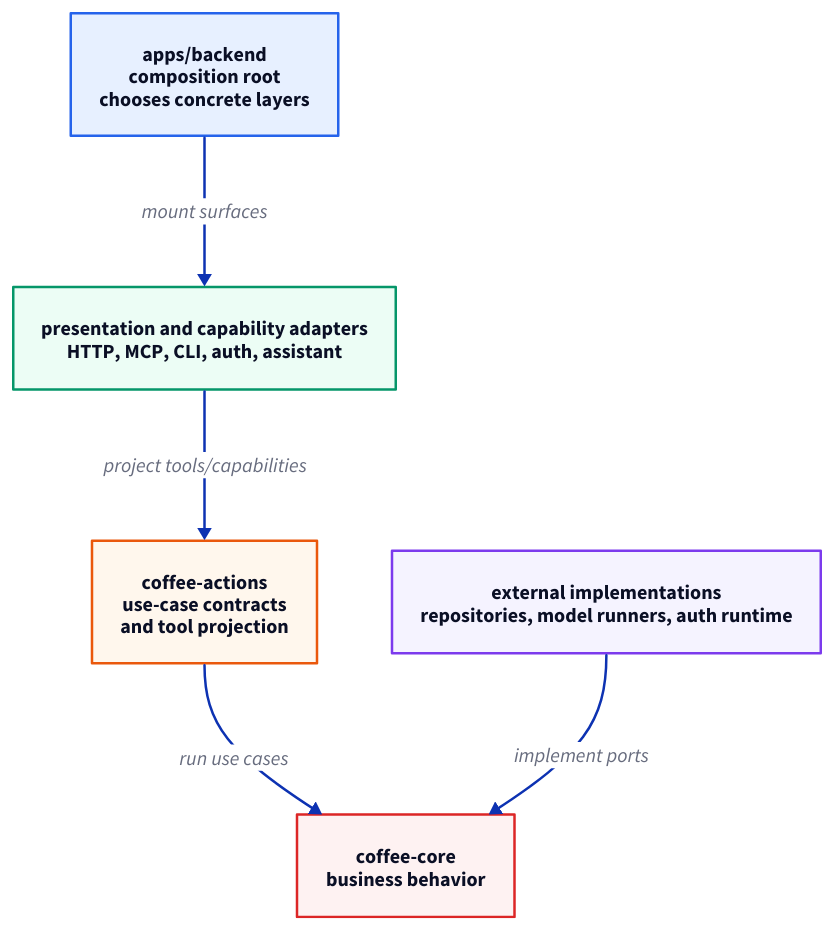
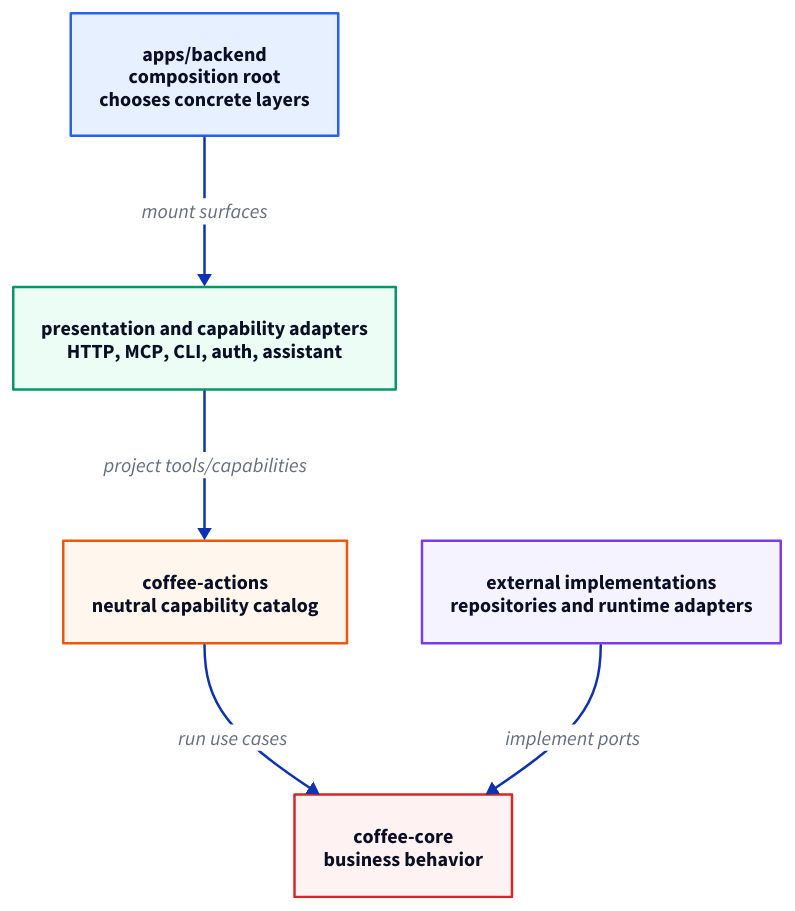
The diagram in docs/architecture/package-layers.d2 (kevinmichaelchen/effect-coffee-shop), drawn with D2 before and after one commit. The commit also changed 6 other files, not shown here.

First line of the commit message:
docs(architecture): add assistant boundary view

```diff
--- a/docs/architecture/package-layers.d2
+++ b/docs/architecture/package-layers.d2
@@ -1,49 +1,49 @@
 direction: down
 
 classes: {
   app: {
     style.fill: "#E7F0FF"
     style.stroke: "#2563EB"
   }
   presentation: {
     style.fill: "#ECFDF5"
     style.stroke: "#059669"
   }
   application: {
     style.fill: "#FFF7ED"
     style.stroke: "#EA580C"
   }
   domain: {
     style.fill: "#FEF2F2"
     style.stroke: "#DC2626"
   }
   external: {
     style.fill: "#F5F3FF"
     style.stroke: "#7C3AED"
   }
 }
 
 app: "apps/backend\ncomposition root\nchooses concrete layers" {
   class: app
 }
 
 presentation: "presentation and capability adapters\nHTTP, MCP, CLI, auth, assistant" {
   class: presentation
 }
 
-actions: "coffee-actions\nuse-case contracts\nand tool projection" {
+actions: "coffee-actions\nneutral capability catalog" {
   class: application
 }
 
 core: "coffee-core\nbusiness behavior" {
   class: domain
 }
 
-external: "external implementations\nrepositories, model runners, auth runtime" {
+external: "external implementations\nrepositories and runtime adapters" {
   class: external
 }
 
 app -> presentation: "mount surfaces"
 presentation -> actions: "project tools/capabilities"
 actions -> core: "run use cases"
 external -> core: "implement ports"
```
